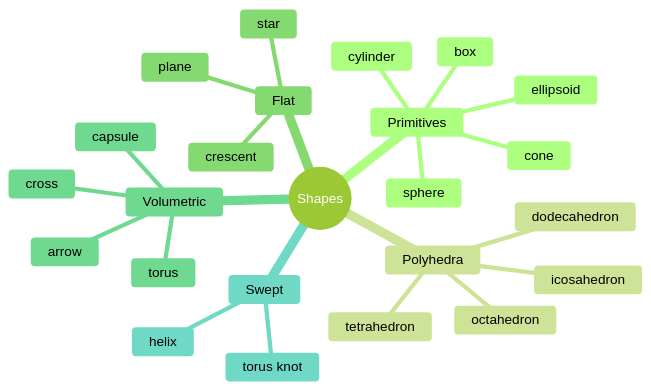
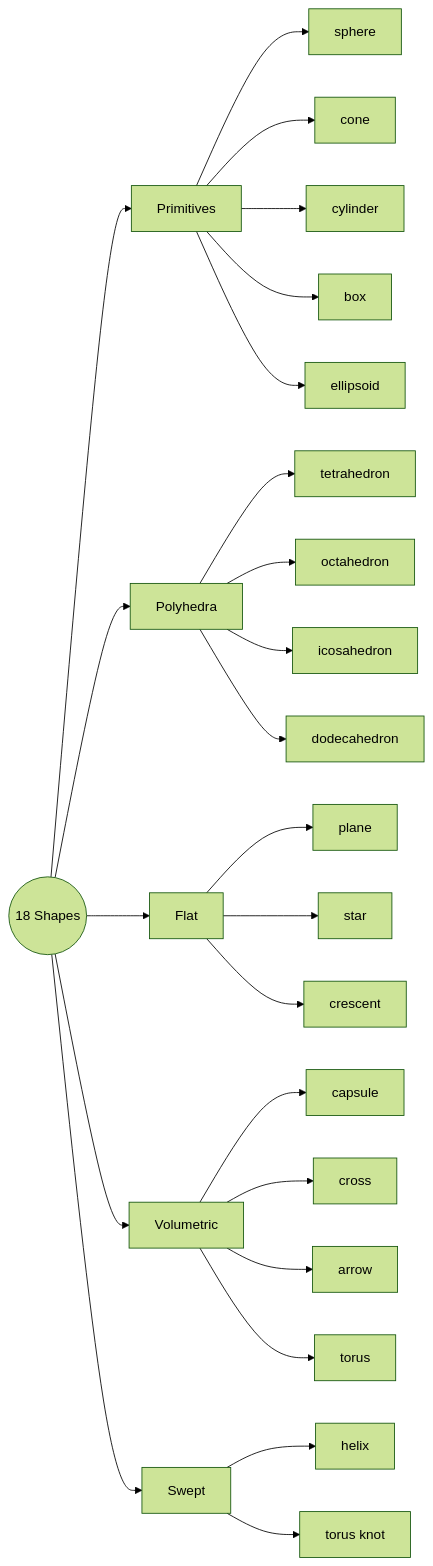
The third of 5 diagrams in README.md (subunits/AI-x3d), drawn with Mermaid (forest theme) before and after one commit. The commit also changed other lines of this file, not shown here.

````diff
--- a/README.md
+++ b/README.md
@@ -113,27 +113,14 @@
 ```mermaid
-mindmap
-  root((Shapes))
-    Primitives
-      sphere
-      cone
-      cylinder
-      box
-      ellipsoid
-    Polyhedra
-      tetrahedron
-      octahedron
-      icosahedron
-      dodecahedron
-    Flat
-      plane
-      star
-      crescent
-    Volumetric
-      capsule
-      cross
-      arrow
-      torus
-    Swept
-      helix
-      torus knot
+flowchart LR
+    S((18 Shapes)) --> A[Primitives]
+    S --> B[Polyhedra]
+    S --> C[Flat]
+    S --> D[Volumetric]
+    S --> E[Swept]
+
+    A --> A1[sphere] & A2[cone] & A3[cylinder] & A4[box] & A5[ellipsoid]
+    B --> B1[tetrahedron] & B2[octahedron] & B3[icosahedron] & B4[dodecahedron]
+    C --> C1[plane] & C2[star] & C3[crescent]
+    D --> D1[capsule] & D2[cross] & D3[arrow] & D4[torus]
+    E --> E1[helix] & E2[torus knot]
 ```
````
